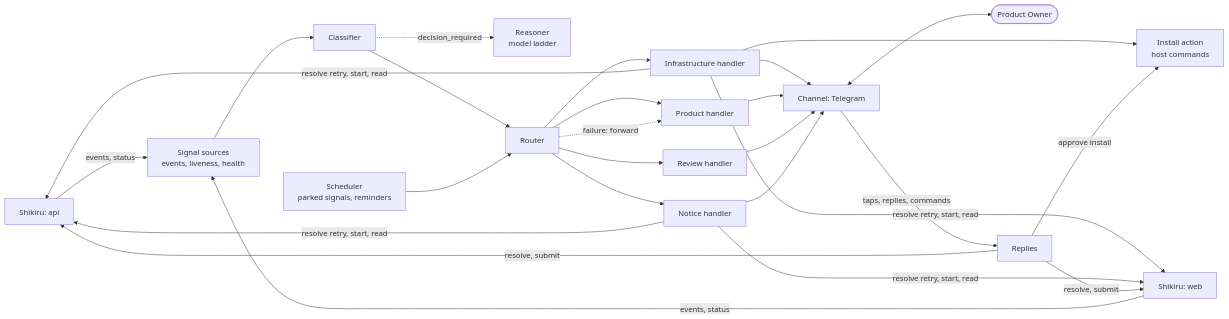
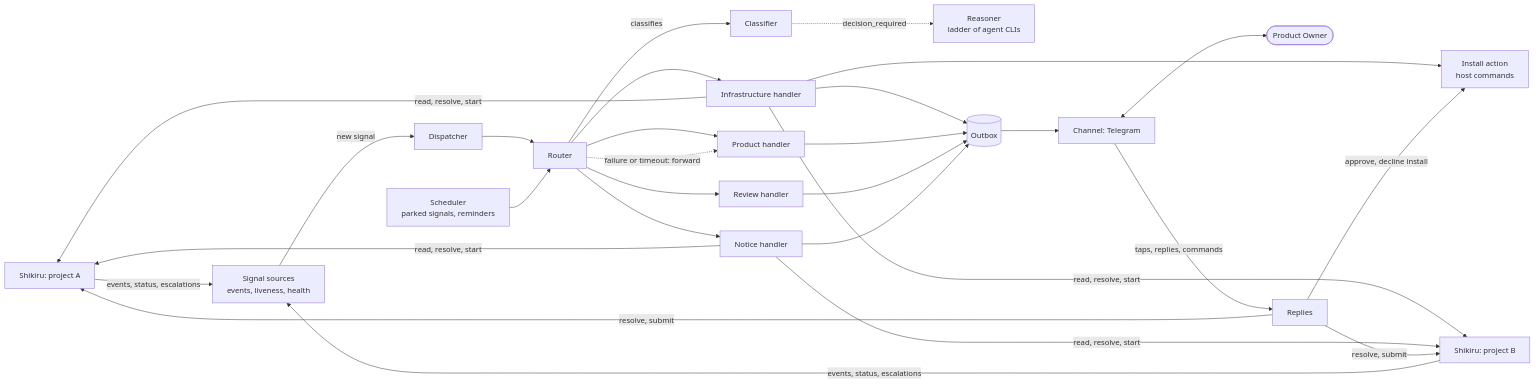
The diagram in docs/design.md (ferrum-code-dev/shikiri-yaku), drawn with Mermaid before and after one commit. The commit also changed other lines of this file and 1 other file, not shown here.

First line of the commit message:
docs: finish concise design of purpose and architecture

````diff
--- a/docs/design.md
+++ b/docs/design.md
@@ -36,20 +36,21 @@
 ```mermaid
 flowchart LR
-  SH1[Shikiru: api] & SH2[Shikiru: web] -->|events, status| SRC[Signal sources<br/>events, liveness, health]
-  SRC --> CL[Classifier]
-  CL -.->|decision_required| RS[Reasoner<br/>model ladder]
-  CL --> R[Router]
+  SH1[Shikiru: project A] & SH2[Shikiru: project B] -->|events, status, escalations| SRC[Signal sources<br/>events, liveness, health]
+  SRC -->|new signal| DP[Dispatcher]
+  DP --> R[Router]
+  R -->|classifies| CL[Classifier]
+  CL -.->|decision_required| RS[Reasoner<br/>ladder of agent CLIs]
   SCH[Scheduler<br/>parked signals, reminders] --> R
   R --> IH[Infrastructure handler]
   R --> PH[Product handler]
   R --> RH[Review handler]
   R --> NH[Notice handler]
-  R -.->|failure: forward| PH
+  R -.->|failure or timeout: forward| PH
   IH --> IA[Install action<br/>host commands]
-  IH & NH -->|resolve retry, start, read| SH1 & SH2
-  IH & PH & RH & NH --> CH[Channel: Telegram]
+  IH & NH -->|read, resolve, start| SH1 & SH2
+  IH & PH & RH & NH --> OB[(Outbox)] --> CH[Channel: Telegram]
   CH <--> PO([Product Owner])
   CH -->|taps, replies, commands| RP[Replies]
   RP -->|resolve, submit| SH1 & SH2
-  RP -->|approve install| IA
+  RP -->|approve, decline install| IA
 ```
````
